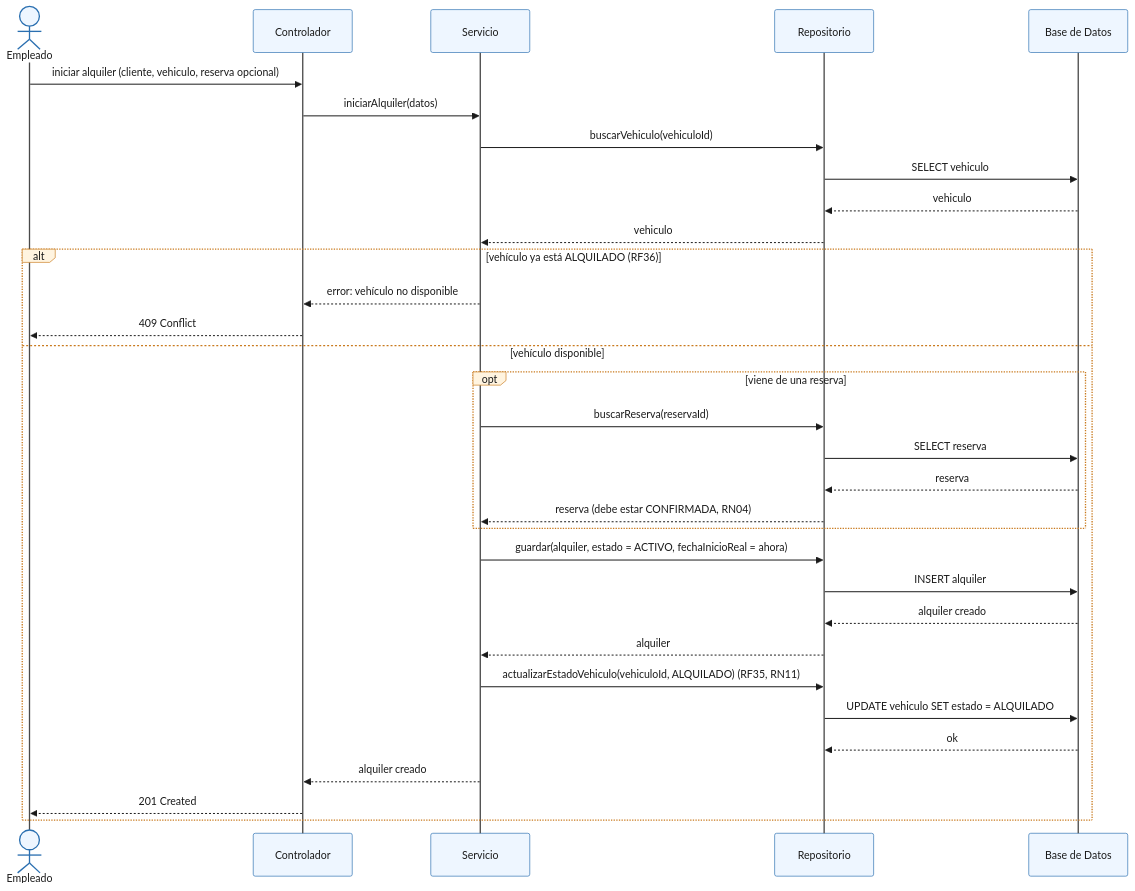
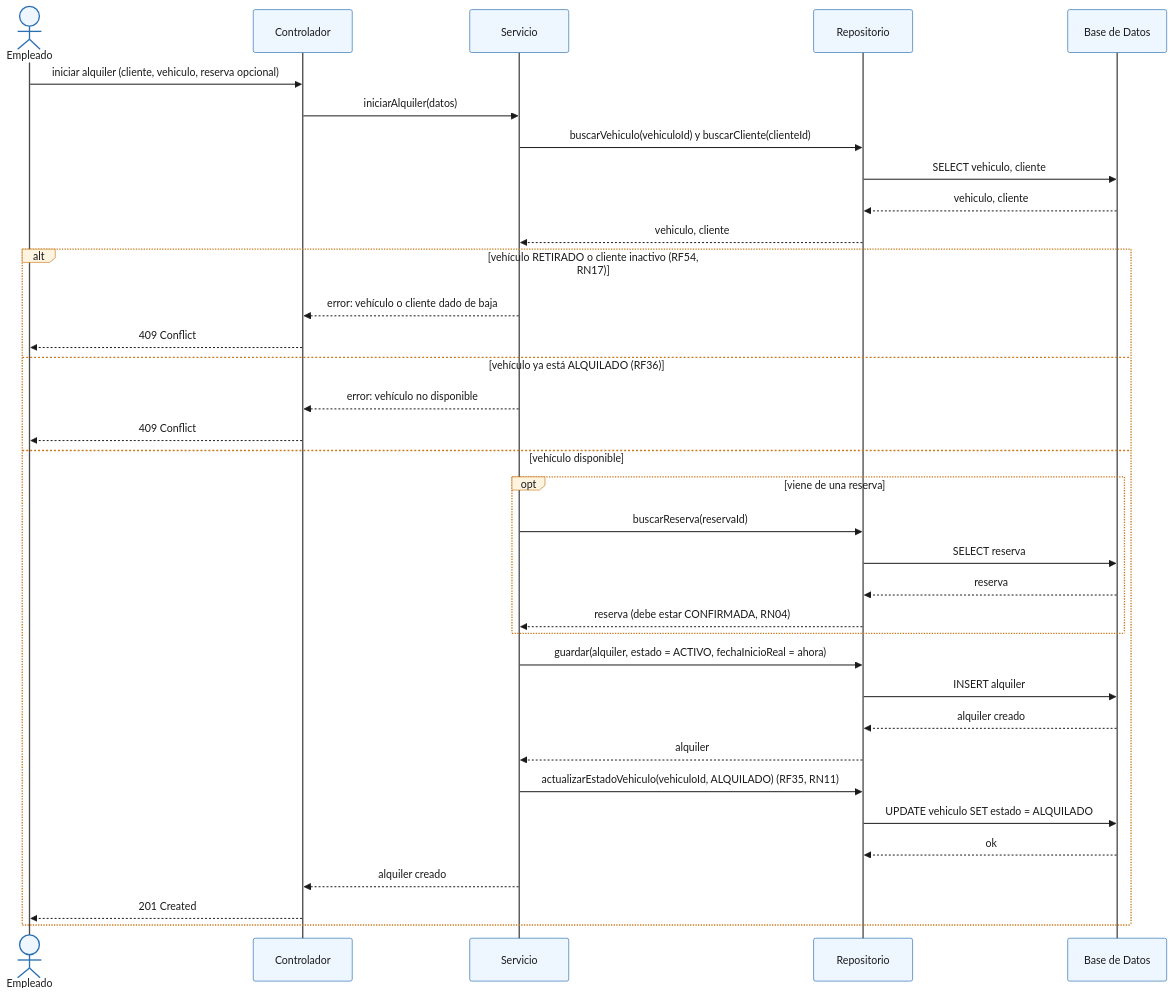
The diagram in docs/03-uml/fuentes/parte3-secuencia-iniciar-alquiler.mmd (chaarlyez/Sistema_de_alquiler_de_veh-culos), drawn with Mermaid before and after one commit. The commit also changed 9 other files, not shown here.

First line of the commit message:
docs(uml): agregar anulacion de alquiler e integrar borrado logico (parte 3)

```diff
--- a/docs/03-uml/fuentes/parte3-secuencia-iniciar-alquiler.mmd
+++ b/docs/03-uml/fuentes/parte3-secuencia-iniciar-alquiler.mmd
@@ -1,53 +1,56 @@
 %%{init: {'theme': 'base', 'themeVariables': {
   'background': '#ffffff',
   'actorBkg': '#eef6ff',
   'actorBorder': '#2a6fb0',
   'actorTextColor': '#1a1a1a',
   'actorLineColor': '#4a4a4a',
   'signalColor': '#1a1a1a',
   'signalTextColor': '#1a1a1a',
   'labelBoxBkgColor': '#fff4e0',
   'labelBoxBorderColor': '#c97a1e',
   'labelTextColor': '#1a1a1a',
   'loopTextColor': '#1a1a1a',
   'noteBkgColor': '#fff9c4',
   'noteBorderColor': '#c9a400',
   'noteTextColor': '#1a1a1a',
   'activationBorderColor': '#2a6fb0',
   'activationBkgColor': '#eafaf0',
   'sequenceNumberColor': '#1a1a1a'
 }}}%%
 sequenceDiagram
     actor Empleado
     participant Controlador
     participant Servicio
     participant Repositorio
     participant BaseDeDatos as Base de Datos
 
     Empleado->>Controlador: iniciar alquiler (cliente, vehiculo, reserva opcional)
     Controlador->>Servicio: iniciarAlquiler(datos)
-    Servicio->>Repositorio: buscarVehiculo(vehiculoId)
-    Repositorio->>BaseDeDatos: SELECT vehiculo
-    BaseDeDatos-->>Repositorio: vehiculo
-    Repositorio-->>Servicio: vehiculo
+    Servicio->>Repositorio: buscarVehiculo(vehiculoId) y buscarCliente(clienteId)
+    Repositorio->>BaseDeDatos: SELECT vehiculo, cliente
+    BaseDeDatos-->>Repositorio: vehiculo, cliente
+    Repositorio-->>Servicio: vehiculo, cliente
 
-    alt vehículo ya está ALQUILADO (RF36)
+    alt vehículo RETIRADO o cliente inactivo (RF54, RN17)
+        Servicio-->>Controlador: error: vehículo o cliente dado de baja
+        Controlador-->>Empleado: 409 Conflict
+    else vehículo ya está ALQUILADO (RF36)
         Servicio-->>Controlador: error: vehículo no disponible
         Controlador-->>Empleado: 409 Conflict
     else vehículo disponible
         opt viene de una reserva
             Servicio->>Repositorio: buscarReserva(reservaId)
             Repositorio->>BaseDeDatos: SELECT reserva
             BaseDeDatos-->>Repositorio: reserva
             Repositorio-->>Servicio: reserva (debe estar CONFIRMADA, RN04)
         end
         Servicio->>Repositorio: guardar(alquiler, estado = ACTIVO, fechaInicioReal = ahora)
         Repositorio->>BaseDeDatos: INSERT alquiler
         BaseDeDatos-->>Repositorio: alquiler creado
         Repositorio-->>Servicio: alquiler
         Servicio->>Repositorio: actualizarEstadoVehiculo(vehiculoId, ALQUILADO) (RF35, RN11)
         Repositorio->>BaseDeDatos: UPDATE vehiculo SET estado = ALQUILADO
         BaseDeDatos-->>Repositorio: ok
         Servicio-->>Controlador: alquiler creado
         Controlador-->>Empleado: 201 Created
     end
```
